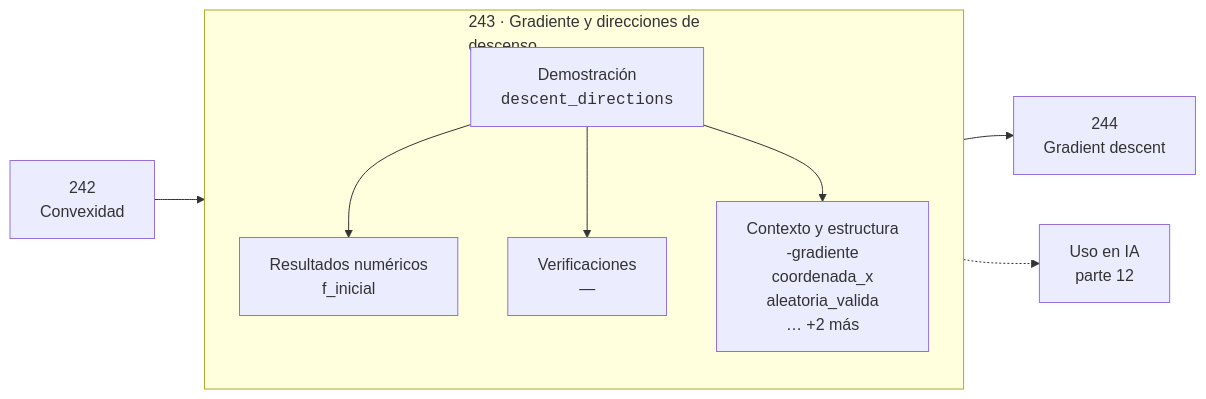
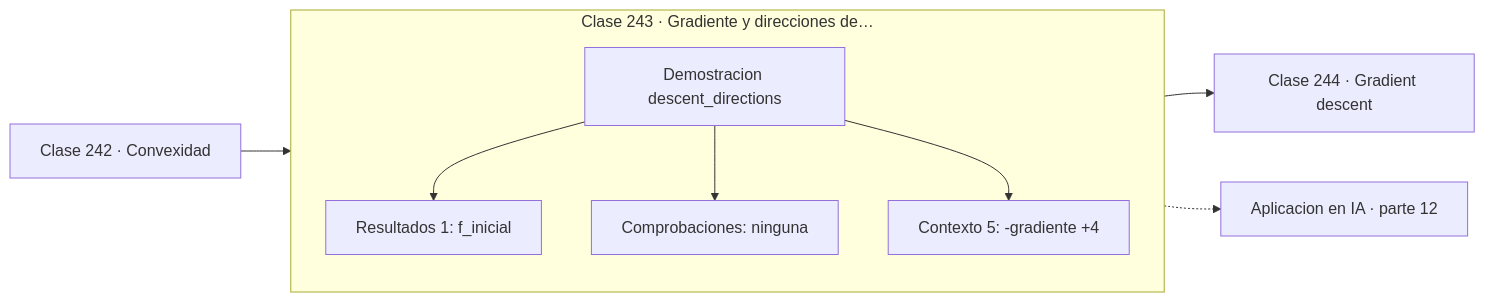
The diagram in classes/part-12-optimizacion-matematica-y-computacional/243-gradiente-y-direcciones-de-descenso/README.md (vladimiracunadev-create/computational-mathematics-program), drawn with Mermaid before and after one commit. The commit also changed 389 other files, not shown here.

First line of the commit message:
fix(diagramas): elimina el HTML de las etiquetas Mermaid

````diff
--- a/classes/part-12-optimizacion-matematica-y-computacional/243-gradiente-y-direcciones-de-descenso/README.md
+++ b/classes/part-12-optimizacion-matematica-y-computacional/243-gradiente-y-direcciones-de-descenso/README.md
@@ -30,12 +30,13 @@
 ```mermaid
 flowchart LR
-    P["242<br/>Convexidad"] --> C
-    subgraph C["243 · Gradiente y direcciones de<br/>descenso"]
+    P["Clase 242 · Convexidad"] --> D
+    subgraph CLASE["Clase 243 · Gradiente y direcciones de…"]
         direction TB
-        D["Demostración<br/><code>descent_directions</code>"] --> R["Resultados numéricos<br/>f_inicial"]
-        D --> V["Verificaciones<br/>—"]
-        D --> O["Contexto y estructura<br/>-gradiente<br/>coordenada_x<br/>aleatoria_valida<br/>… +2 más"]
+        D["Demostracion descent_directions"]
+        D --> R["Resultados 1: f_inicial"]
+        D --> V["Comprobaciones: ninguna"]
+        D --> O["Contexto 5: -gradiente +4"]
     end
-    C --> N["244<br/>Gradient descent"]
-    C -.-> IA["Uso en IA<br/>parte 12"]
+    R --> N["Clase 244 · Gradient descent"]
+    V -.-> IA["Aplicacion en IA · parte 12"]
 ```
````
